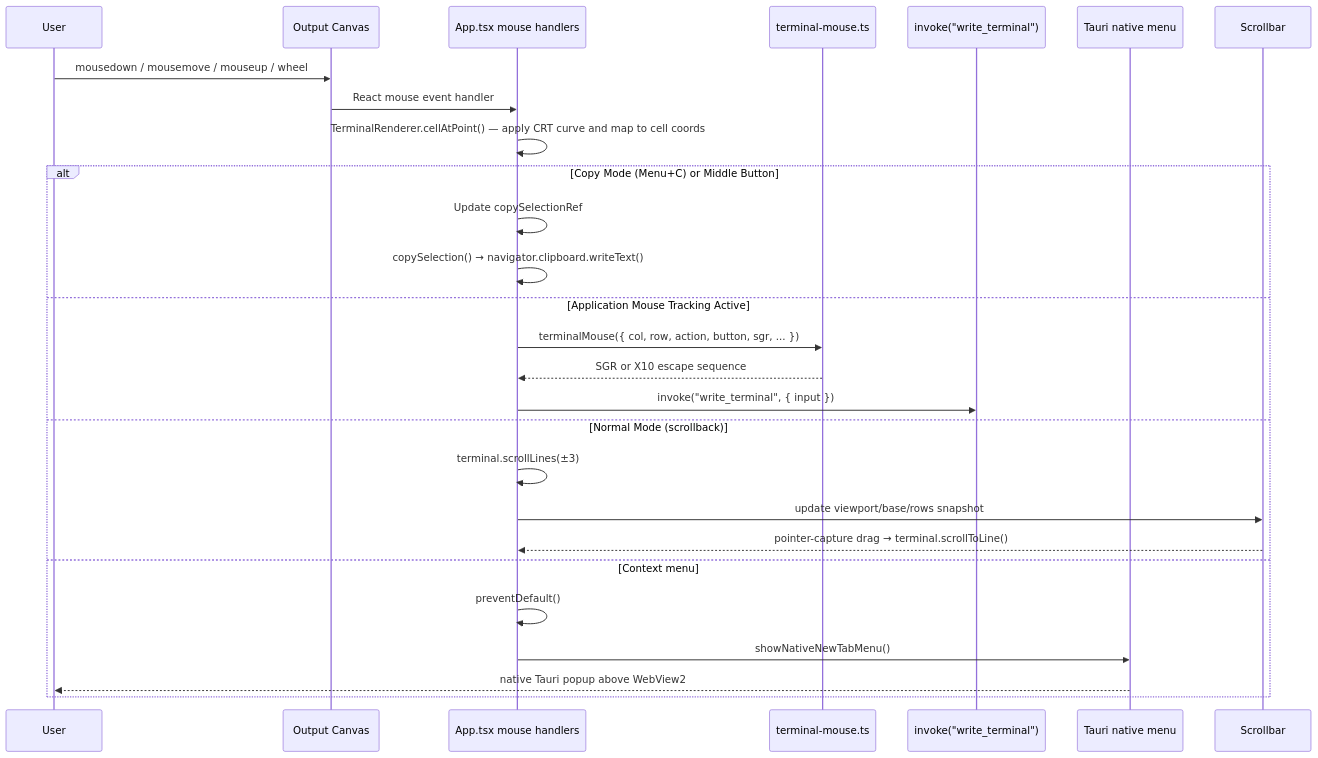
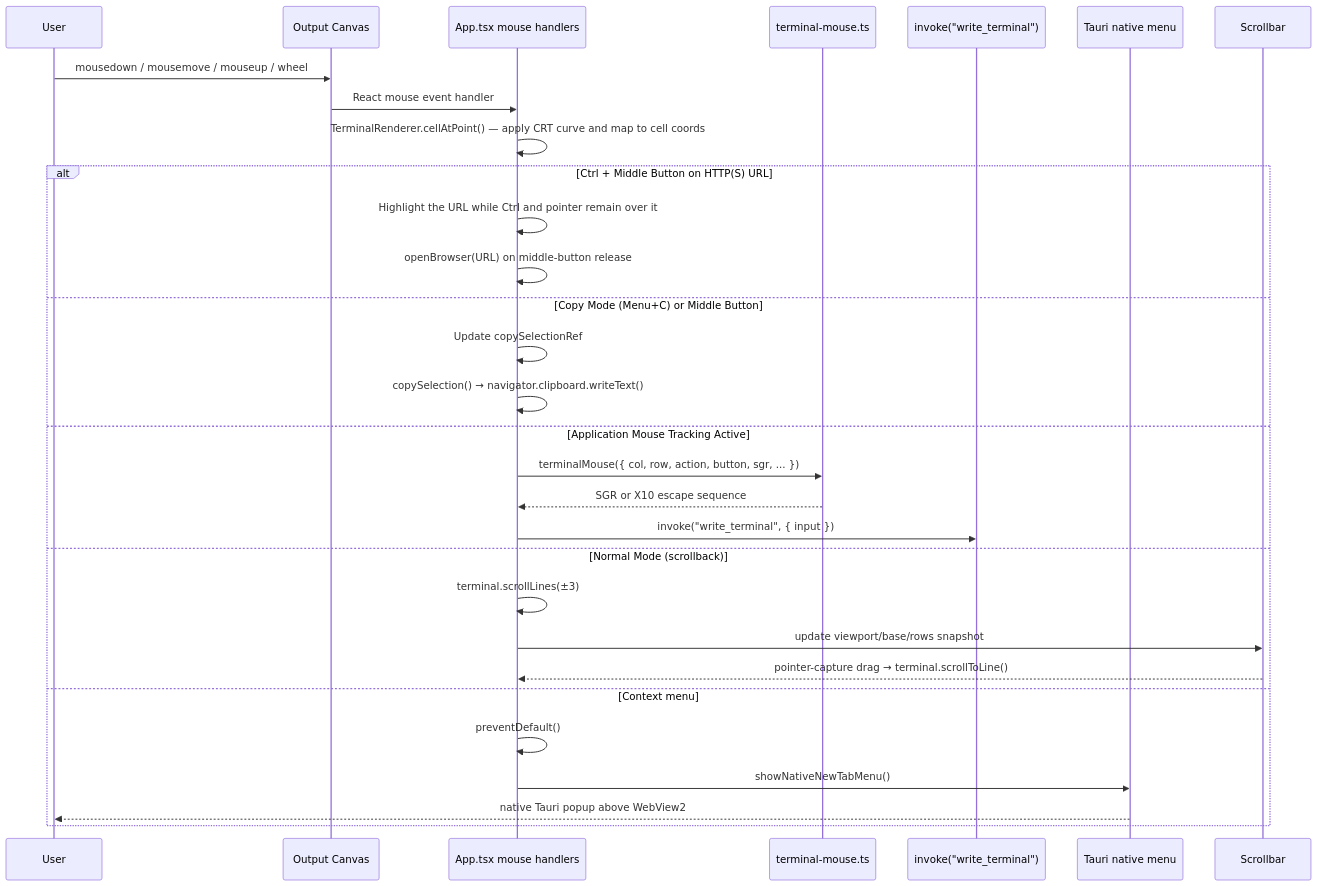
One commit to z-hunter/Scanline-Term changed the fifth of 6 diagrams in docs/02-architecture.md. Above: the diagram before and after it, drawn with Mermaid. The commit also changed other lines of this file and 6 other files, not shown here.

````diff
--- a/docs/02-architecture.md
+++ b/docs/02-architecture.md
@@ -202,29 +202,32 @@
 ```mermaid
 sequenceDiagram
     participant User as User
     participant Canvas as Output Canvas
     participant App as App.tsx mouse handlers
     participant Mouse as terminal-mouse.ts
     participant Invoke as invoke("write_terminal")
     participant NativeMenu as Tauri native menu
 
     User->>Canvas: mousedown / mousemove / mouseup / wheel
     Canvas->>App: React mouse event handler
     App->>App: TerminalRenderer.cellAtPoint() — apply CRT curve and map to cell coords
-    alt Copy Mode (Menu+C) or Middle Button
+    alt Ctrl + Middle Button on HTTP(S) URL
+        App->>App: Highlight the URL while Ctrl and pointer remain over it
+        App->>App: openBrowser(URL) on middle-button release
+    else Copy Mode (Menu+C) or Middle Button
         App->>App: Update copySelectionRef
         App->>App: copySelection() → navigator.clipboard.writeText()
     else Application Mouse Tracking Active
         App->>Mouse: terminalMouse({ col, row, action, button, sgr, ... })
         Mouse-->>App: SGR or X10 escape sequence
         App->>Invoke: invoke("write_terminal", { input })
     else Normal Mode (scrollback)
         App->>App: terminal.scrollLines(±3)
         App->>Scrollbar: update viewport/base/rows snapshot
         Scrollbar-->>App: pointer-capture drag → terminal.scrollToLine()
     else Context menu
         App->>App: preventDefault()
         App->>NativeMenu: showNativeNewTabMenu()
         NativeMenu-->>User: native Tauri popup above WebView2
     end
 ```
````
